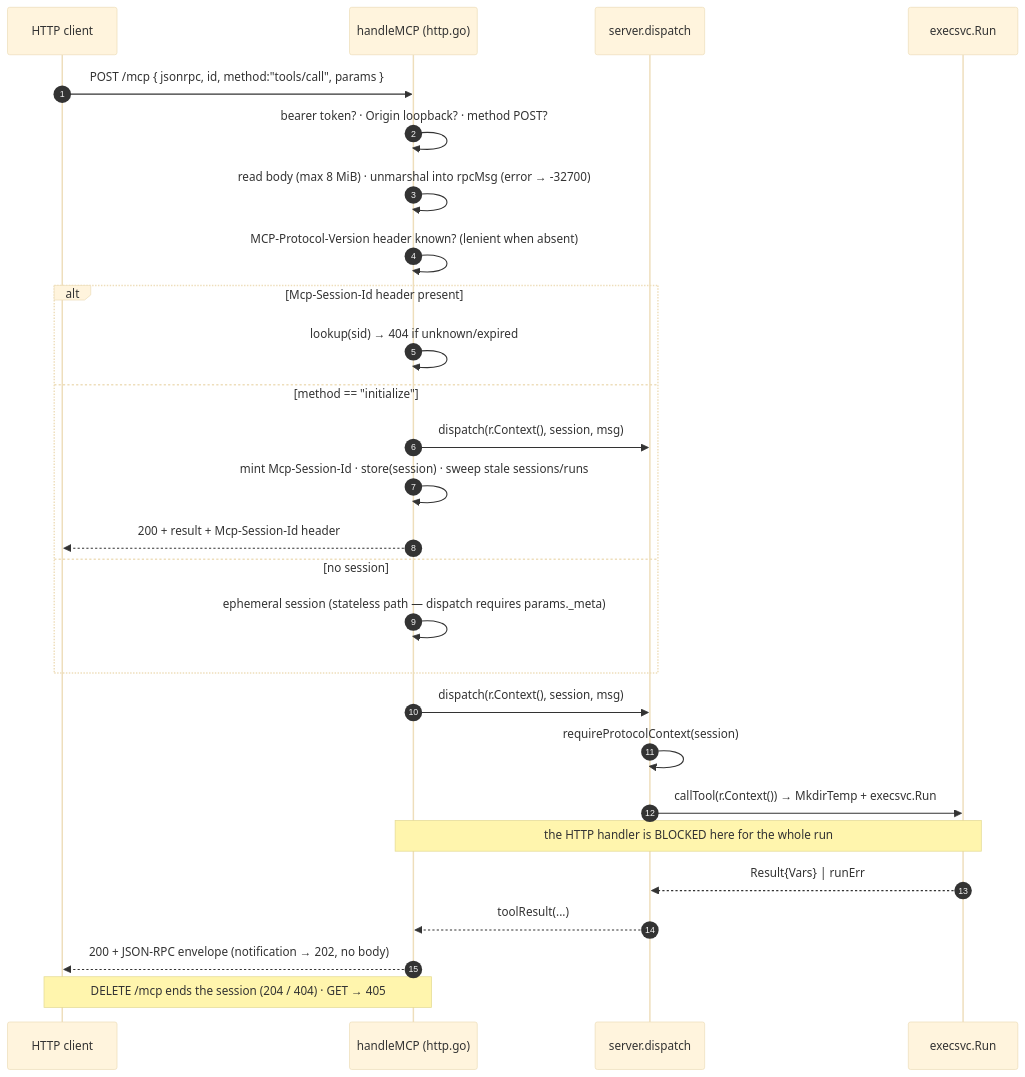
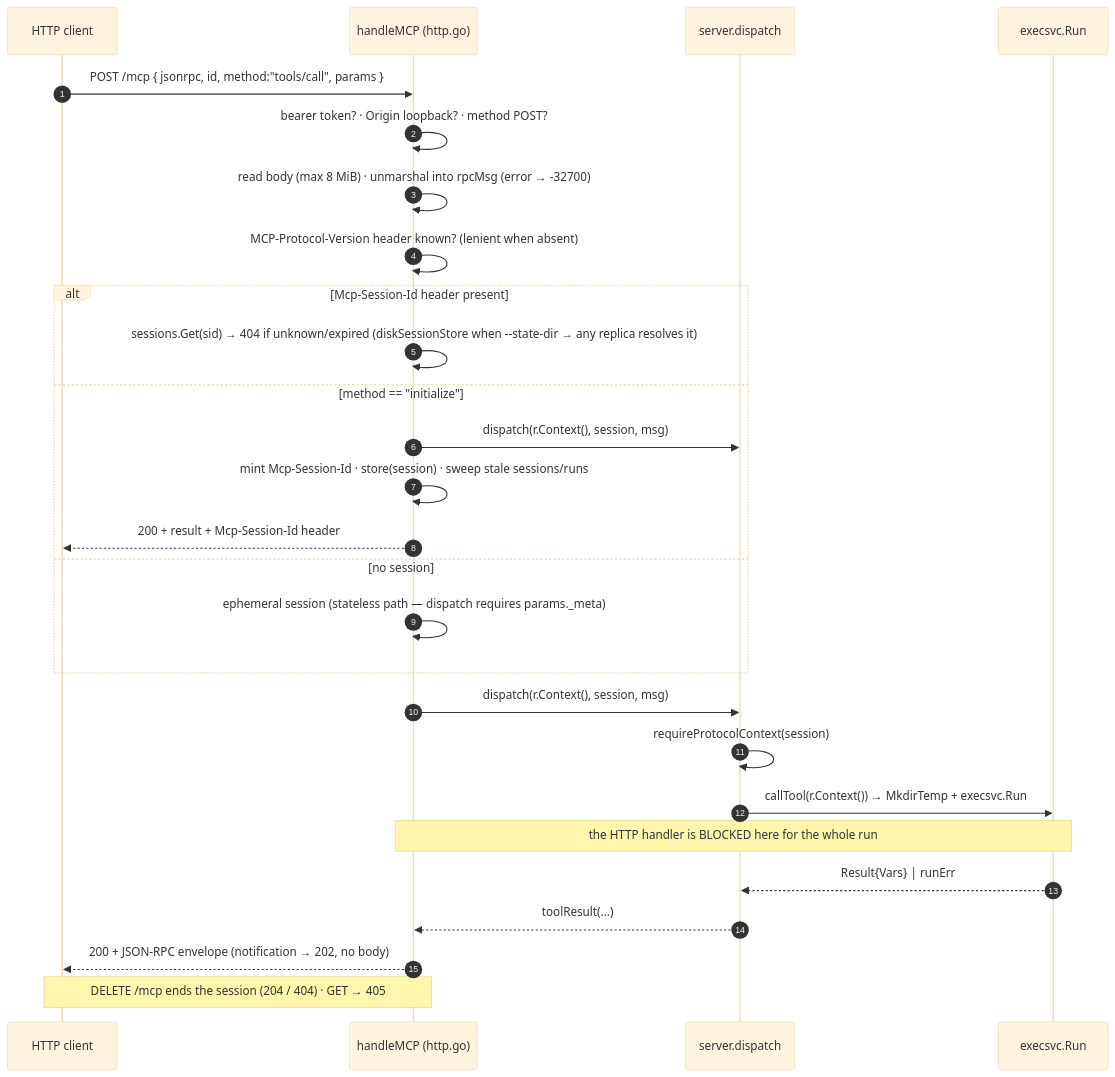
The third of 4 diagrams in src/mhl-runtime/internal/mcpserver/FLOW.md (mh-language/mhl-core-runtime), drawn with Mermaid (base theme) before and after one commit. The commit also changed other lines of this file and 793 other files, not shown here.

````diff
--- a/src/mhl-runtime/internal/mcpserver/FLOW.md
+++ b/src/mhl-runtime/internal/mcpserver/FLOW.md
@@ -108,30 +108,30 @@
 ```mermaid
 sequenceDiagram
     autonumber
     participant C as HTTP client
     participant H as handleMCP (http.go)
     participant D as server.dispatch
     participant X as execsvc.Run
 
     C->>H: POST /mcp  { jsonrpc, id, method:"tools/call", params }
     H->>H: bearer token? · Origin loopback? · method POST?
     H->>H: read body (max 8 MiB) · unmarshal into rpcMsg  (error → -32700)
     H->>H: MCP-Protocol-Version header known? (lenient when absent)
     alt Mcp-Session-Id header present
-        H->>H: lookup(sid) → 404 if unknown/expired
+        H->>H: sessions.Get(sid) → 404 if unknown/expired  (diskSessionStore when --state-dir → any replica resolves it)
     else method == "initialize"
         H->>D: dispatch(r.Context(), session, msg)
         H->>H: mint Mcp-Session-Id · store(session) · sweep stale sessions/runs
         H-->>C: 200 + result + Mcp-Session-Id header
     else no session
         H->>H: ephemeral session (stateless path — dispatch requires params._meta)
     end
     H->>D: dispatch(r.Context(), session, msg)
     D->>D: requireProtocolContext(session)
     D->>X: callTool(r.Context()) → MkdirTemp + execsvc.Run
     Note over H,X: the HTTP handler is BLOCKED here for the whole run
     X-->>D: Result{Vars}  |  runErr
     D-->>H: toolResult(...)
     H-->>C: 200 + JSON-RPC envelope   (notification → 202, no body)
     Note over C,H: DELETE /mcp ends the session (204 / 404) · GET → 405
 ```
````
